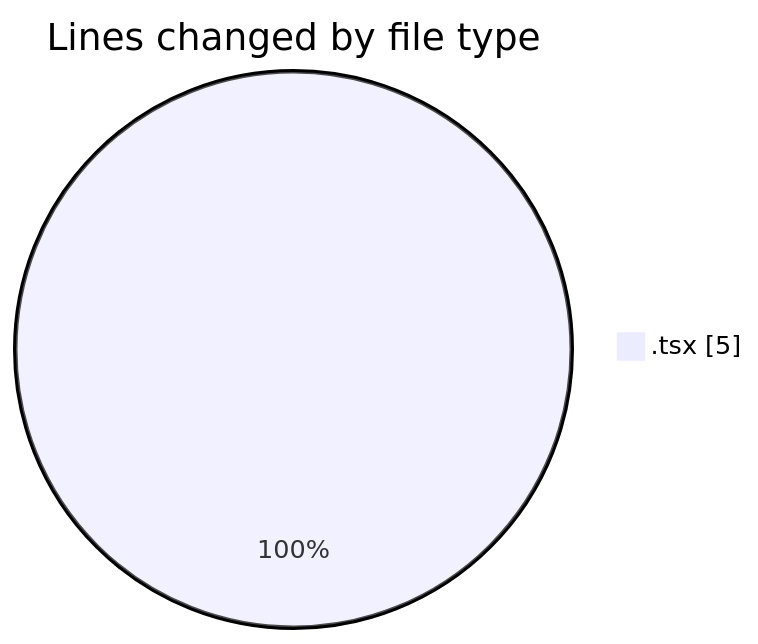
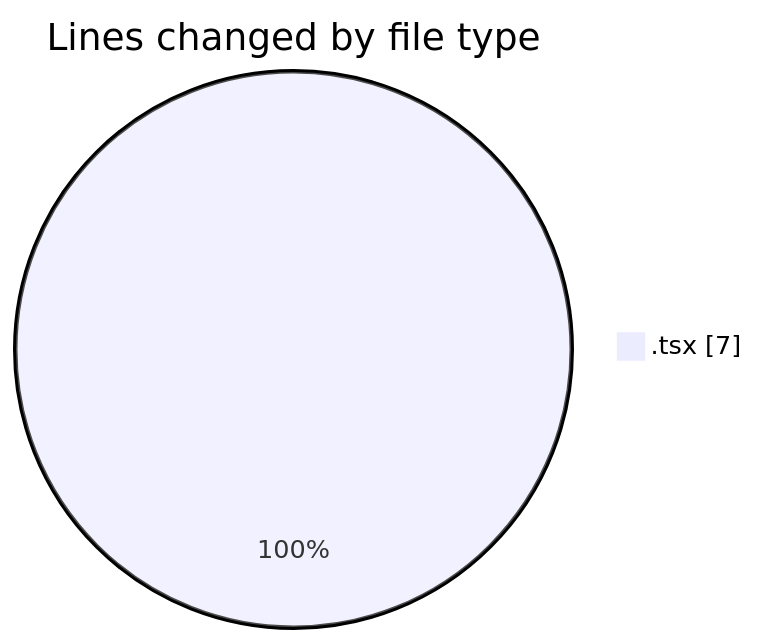
The first of 2 diagrams in 2025-10-07/cda/README.md (momahboobian/code-tracking), drawn with Mermaid before and after one commit. The commit also changed other lines of this file and 1 other file, not shown here.

````diff
--- a/2025-10-07/cda/README.md
+++ b/2025-10-07/cda/README.md
@@ -20,5 +20,5 @@
 ```mermaid
 pie showData
 title Lines changed by file type
-".tsx" : 5
+".tsx" : 7
 ```
````
